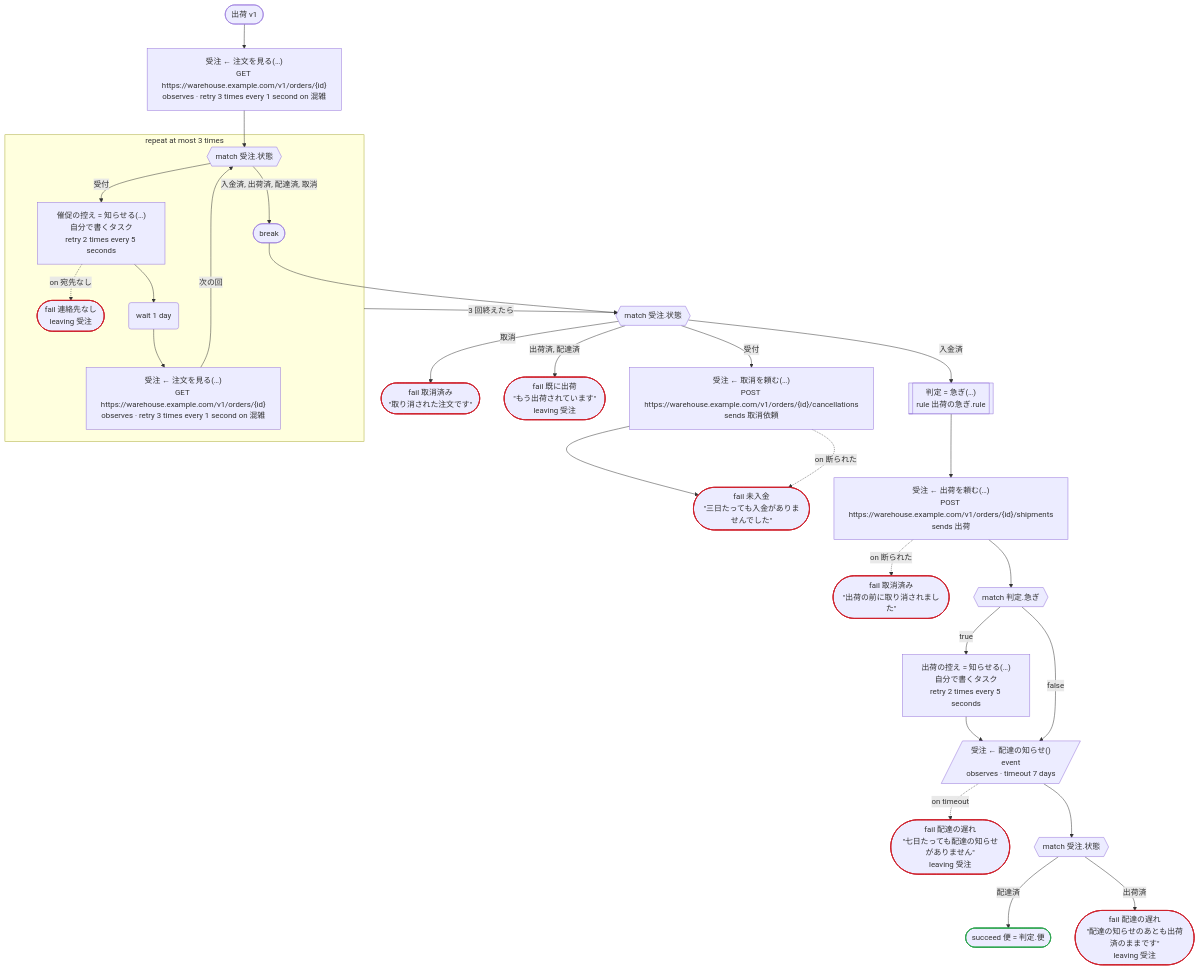
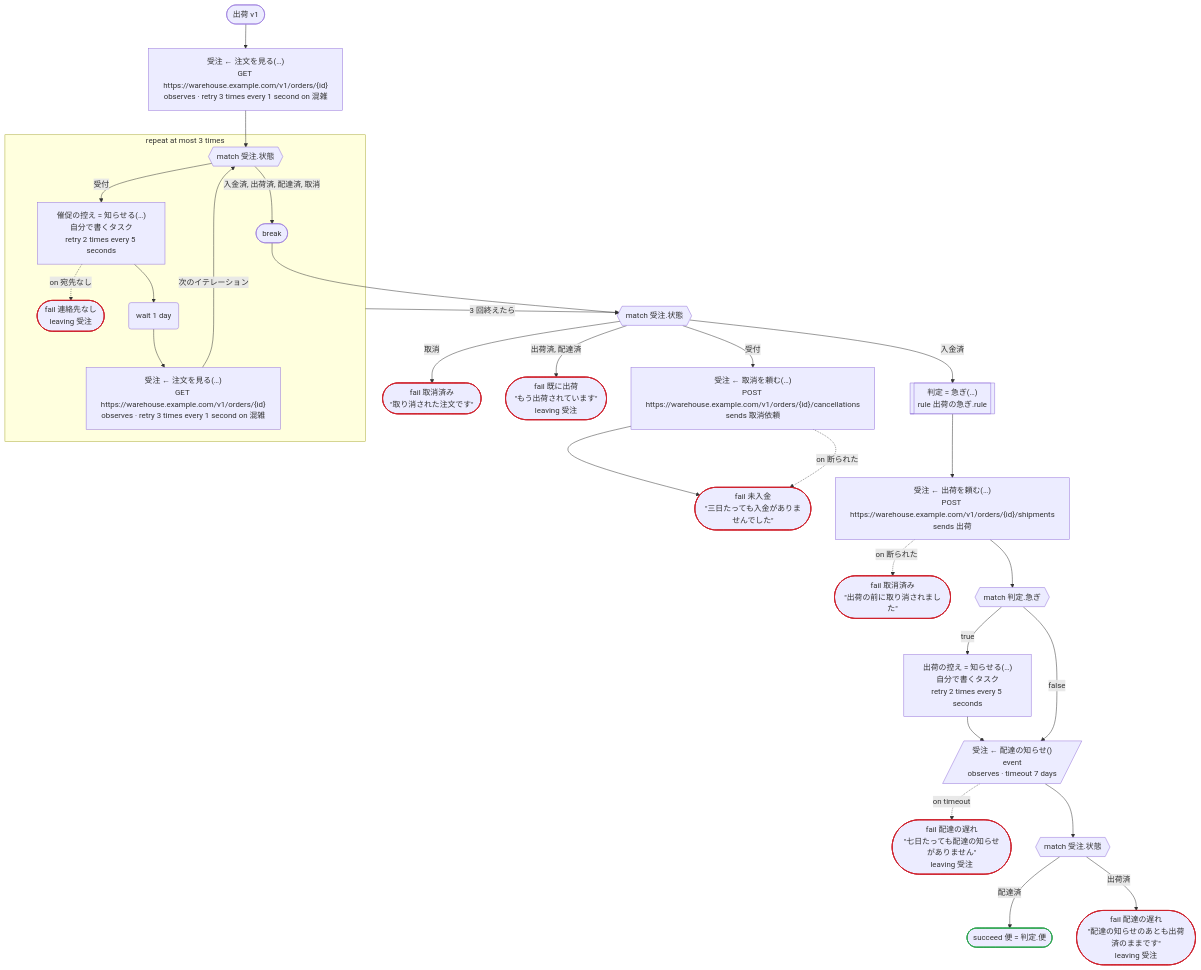
One commit to i2y/ritsu changed the first of 3 diagrams in crates/dandori/tests/doc/examples-order-temporal-order-ja.ja.md. Above: the diagram before and after it, drawn with Mermaid. The commit also changed 143 other files, not shown here.

````diff
--- a/crates/dandori/tests/doc/examples-order-temporal-order-ja.ja.md
+++ b/crates/dandori/tests/doc/examples-order-temporal-order-ja.ja.md
@@ -9,58 +9,58 @@
 ```mermaid
 flowchart TD
     start(["出荷 v1"])
     s1["受注 ← 注文を見る(…)<br>GET https://warehouse.example.com/v1/orders/{id}<br>observes · retry 3 times every 1 second on 混雑"]
     subgraph L2 ["repeat at most 3 times"]
         s3{{"match 受注.状態"}}
         s4["催促の控え = 知らせる(…)<br>自分で書くタスク<br>retry 2 times every 5 seconds"]
         s5(["fail 連絡先なし<br>leaving 受注"])
         s6("wait 1 day")
         s7["受注 ← 注文を見る(…)<br>GET https://warehouse.example.com/v1/orders/{id}<br>observes · retry 3 times every 1 second on 混雑"]
         s8(["break"])
     end
     s9{{"match 受注.状態"}}
     s10["受注 ← 取消を頼む(…)<br>POST https://warehouse.example.com/v1/orders/{id}/cancellations<br>sends 取消依頼"]
     s12(["fail 未入金<br>#quot;三日たっても入金がありませんでした#quot;"])
     s13(["fail 取消済み<br>#quot;取り消された注文です#quot;"])
     s14(["fail 既に出荷<br>#quot;もう出荷されています#quot;<br>leaving 受注"])
     s16[["判定 = 急ぎ(…)<br>rule 出荷の急ぎ.rule"]]
     s17["受注 ← 出荷を頼む(…)<br>POST https://warehouse.example.com/v1/orders/{id}/shipments<br>sends 出荷"]
     s18(["fail 取消済み<br>#quot;出荷の前に取り消されました#quot;"])
     s19{{"match 判定.急ぎ"}}
     s20["出荷の控え = 知らせる(…)<br>自分で書くタスク<br>retry 2 times every 5 seconds"]
     s22[/"受注 ← 配達の知らせ()<br>event<br>observes · timeout 7 days"/]
     s23(["fail 配達の遅れ<br>#quot;七日たっても配達の知らせがありません#quot;<br>leaving 受注"])
     s24{{"match 受注.状態"}}
     s25(["succeed 便 = 判定.便"])
     s26(["fail 配達の遅れ<br>#quot;配達の知らせのあとも出荷済のままです#quot;<br>leaving 受注"])
     start --> s1
     s1 --> s3
     s3 -->|"受付"| s4
     s4 -.->|"on 宛先なし"| s5
     s4 --> s6
     s6 --> s7
     s3 -->|"入金済, 出荷済, 配達済, 取消"| s8
-    s7 -->|"次の回"| s3
+    s7 -->|"次のイテレーション"| s3
     L2 -->|"3 回終えたら"| s9
     s8 --> s9
     s9 -->|"受付"| s10
     s10 --> s12
     s10 -.->|"on 断られた"| s12
     s9 -->|"取消"| s13
     s9 -->|"出荷済, 配達済"| s14
     s9 -->|"入金済"| s16
     s16 --> s17
     s17 -.->|"on 断られた"| s18
     s17 --> s19
     s19 -->|"true"| s20
     s20 --> s22
     s19 -->|"false"| s22
     s22 -.->|"on timeout"| s23
     s22 --> s24
     s24 -->|"配達済"| s25
     s24 -->|"出荷済"| s26
     classDef ok stroke:#2da44e,stroke-width:2px
     classDef bad stroke:#cf222e,stroke-width:2px
     class s25 ok
     class s5,s12,s13,s14,s18,s23,s26 bad
 ```
````
